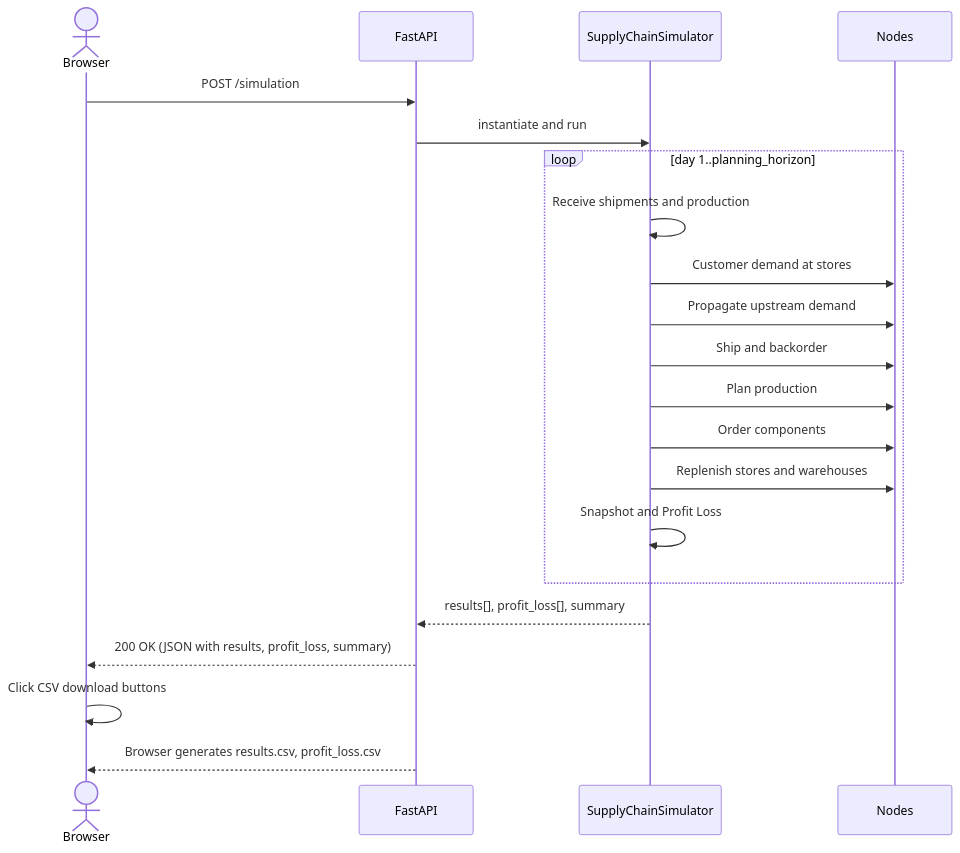
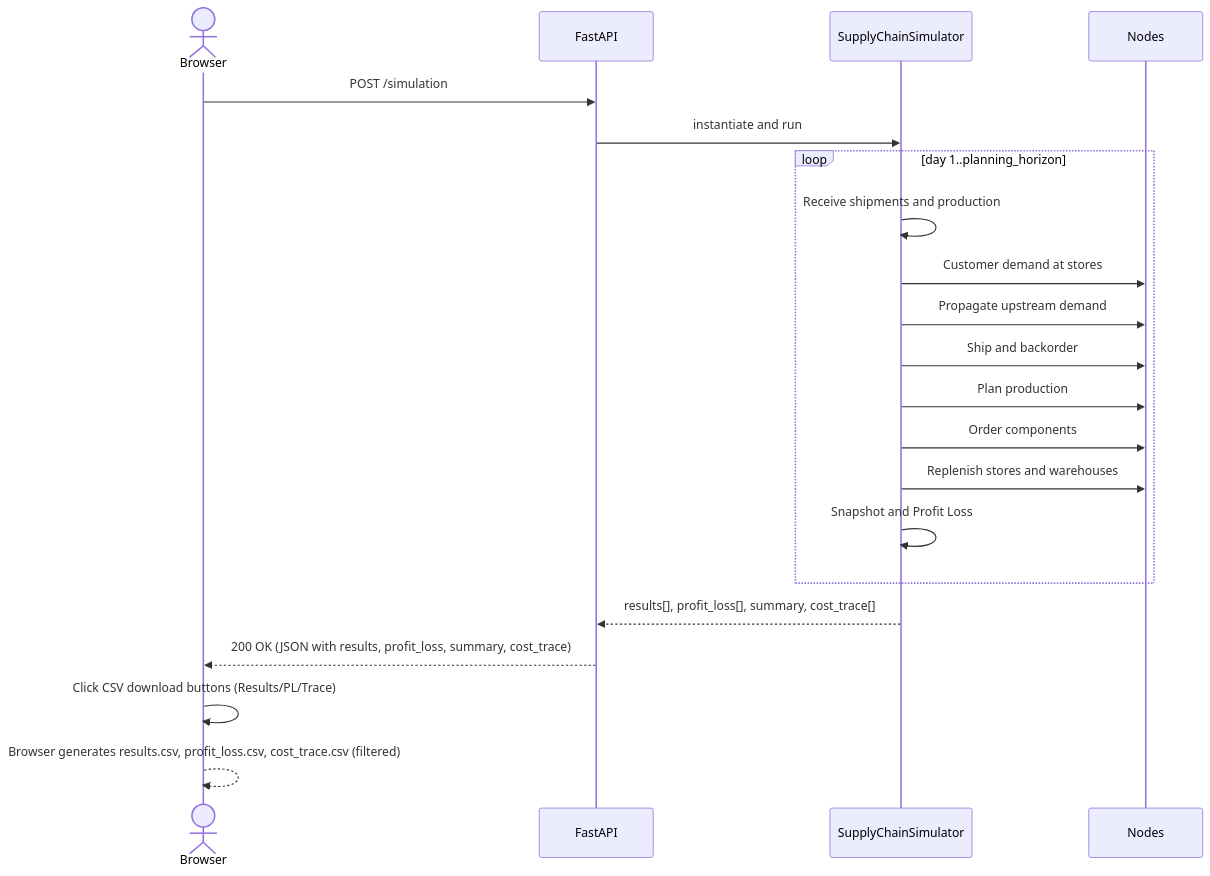
Before and after one commit to miumigy/scpln: the third of 3 diagrams in README.md, drawn with Mermaid. The commit also changed other lines of this file and 2 other files, not shown here.

First paragraph of the commit message:
fix(merge): resolve conflicts in index.html and static/js/main.js for PR #46 (keep right-aligned layout and single trace functions) (#46)
* feat(pl): add skeleton methods for PL recomputation from trace

````diff
--- a/README.md
+++ b/README.md
@@ -571,24 +574,24 @@
 ```mermaid
 sequenceDiagram
   actor User as Browser
   participant API as FastAPI
   participant Sim as SupplyChainSimulator
   participant Nodes as Nodes
 
   User->>API: POST /simulation
   API->>Sim: instantiate and run
   loop day 1..planning_horizon
     Sim->>Sim: Receive shipments and production
     Sim->>Nodes: Customer demand at stores
     Sim->>Nodes: Propagate upstream demand
     Sim->>Nodes: Ship and backorder
     Sim->>Nodes: Plan production
     Sim->>Nodes: Order components
     Sim->>Nodes: Replenish stores and warehouses
     Sim->>Sim: Snapshot and Profit Loss
   end
-  Sim-->>API: results[], profit_loss[], summary
-  API-->>User: 200 OK (JSON with results, profit_loss, summary)
-  User->>User: Click CSV download buttons
-  API-->>User: Browser generates results.csv, profit_loss.csv
+  Sim-->>API: results[], profit_loss[], summary, cost_trace[]
+  API-->>User: 200 OK (JSON with results, profit_loss, summary, cost_trace)
+  User->>User: Click CSV download buttons (Results/PL/Trace)
+  User-->>User: Browser generates results.csv, profit_loss.csv, cost_trace.csv (filtered)
 ```
````
